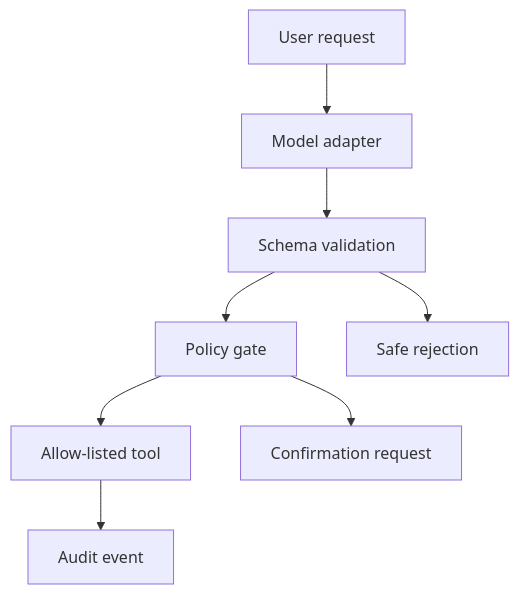
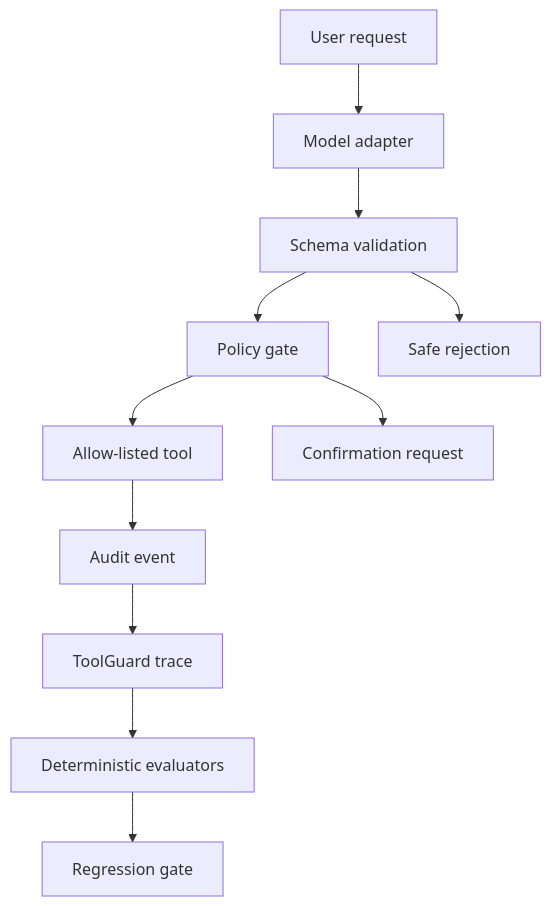
The diagram in README.md (zubairz4far/evaluated-order-support-agent), drawn with Mermaid before and after one commit. The commit also changed other lines of this file and 15 other files, not shown here.

First line of the commit message:
Add ToolGuard core reliability engine

````diff
--- a/README.md
+++ b/README.md
@@ -54,10 +71,13 @@
 ```mermaid
 flowchart TD
     U[User request] --> M[Model adapter]
     M --> V[Schema validation]
     V --> P[Policy gate]
     P --> T[Allow-listed tool]
     T --> A[Audit event]
     P --> C[Confirmation request]
     V --> R[Safe rejection]
+    A --> G[ToolGuard trace]
+    G --> E[Deterministic evaluators]
+    E --> Q[Regression gate]
 ```
````
